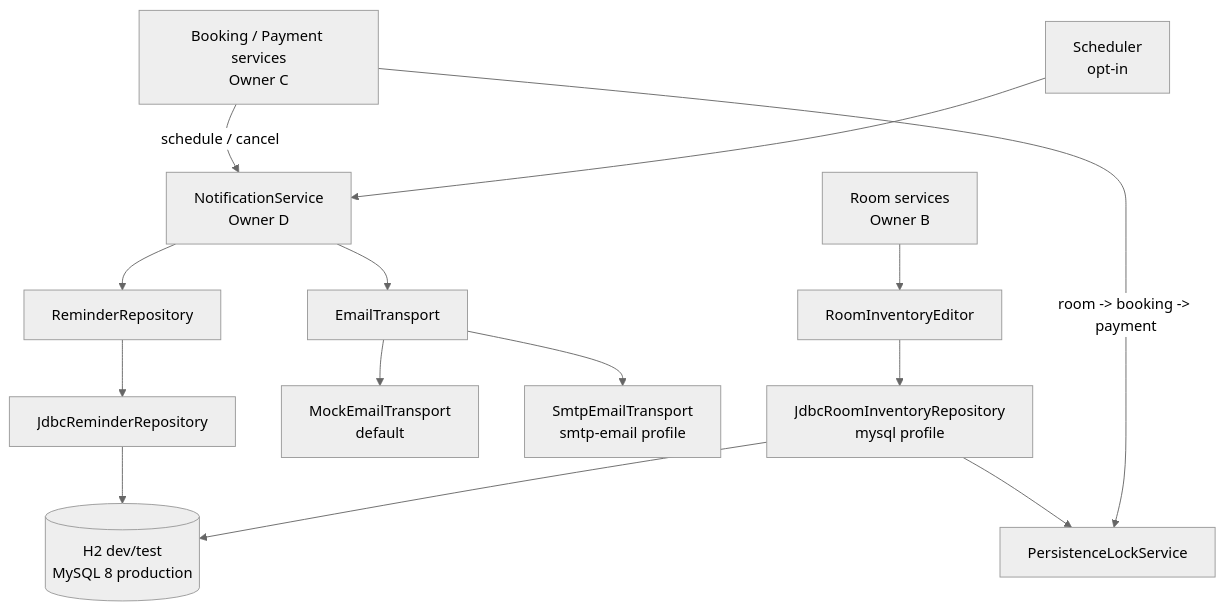
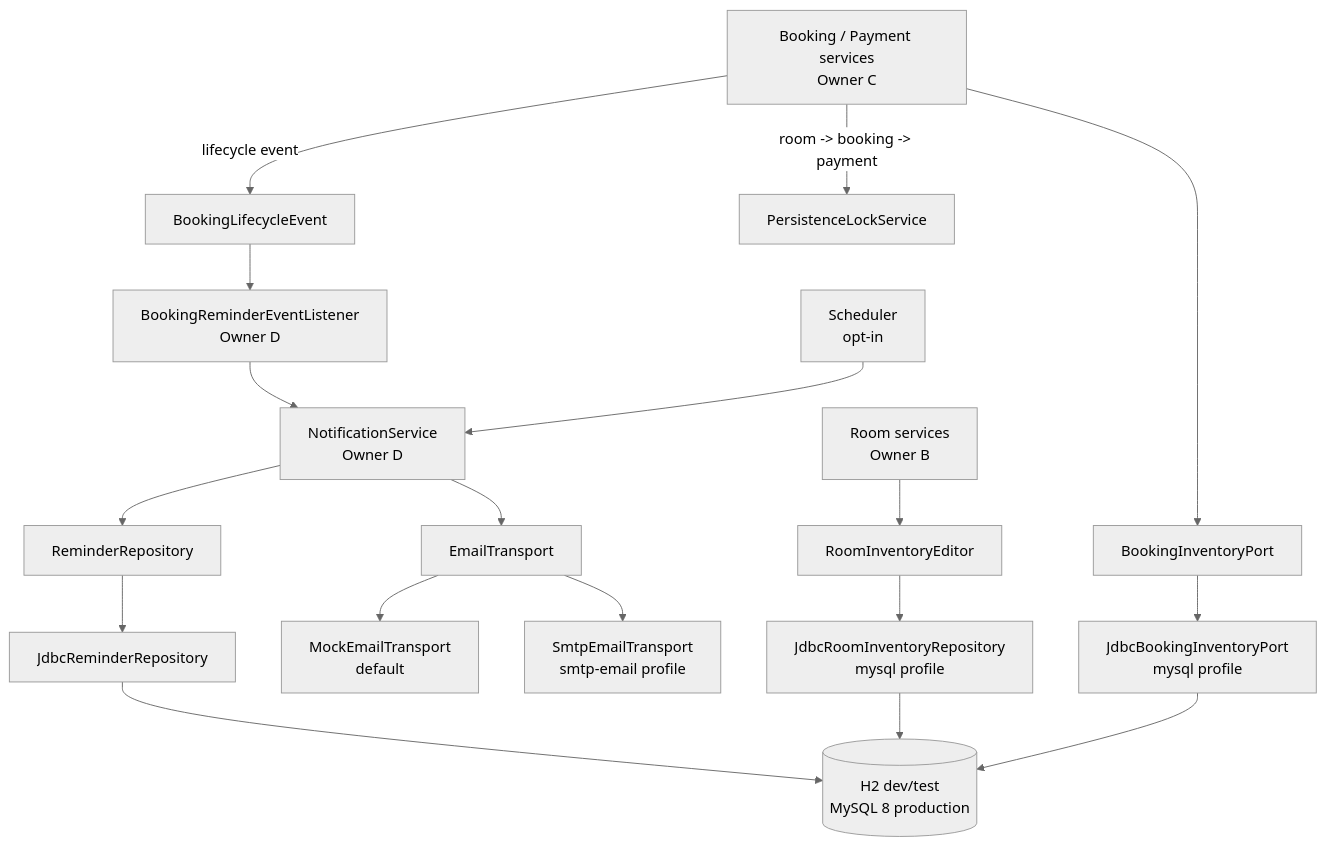
One commit to muzaturezhang/SE changed the first of 3 diagrams in docs/design/d-notification-persistence.md. Above: the diagram before and after it, drawn with Mermaid (neutral theme). The commit also changed other lines of this file and 50 other files, not shown here.

````diff
--- a/docs/design/d-notification-persistence.md
+++ b/docs/design/d-notification-persistence.md
@@ -7,16 +7,20 @@
 ```mermaid
 flowchart TD
-    C[Booking / Payment services<br/>Owner C] -->|schedule / cancel| NS[NotificationService<br/>Owner D]
+    C[Booking / Payment services<br/>Owner C] -->|lifecycle event| EV[BookingLifecycleEvent]
+    EV --> BR[BookingReminderEventListener<br/>Owner D]
+    BR --> NS[NotificationService<br/>Owner D]
     SCH[Scheduler<br/>opt-in] --> NS
     NS --> RR[ReminderRepository]
     NS --> ET[EmailTransport]
     RR --> JRR[JdbcReminderRepository]
     ET --> MOCK[MockEmailTransport<br/>default]
     ET --> SMTP[SmtpEmailTransport<br/>smtp-email profile]
     B[Room services<br/>Owner B] --> RIE[RoomInventoryEditor]
     RIE --> JRIR[JdbcRoomInventoryRepository<br/>mysql profile]
-    JRIR --> LOCK[PersistenceLockService]
-    C -->|room -> booking -> payment| LOCK
+    C -->|room -> booking -> payment| LOCK[PersistenceLockService]
+    C --> BIP[BookingInventoryPort]
+    BIP --> JBIP[JdbcBookingInventoryPort<br/>mysql profile]
     JRR --> DB[(H2 dev/test<br/>MySQL 8 production)]
     JRIR --> DB
+    JBIP --> DB
 ```
````
